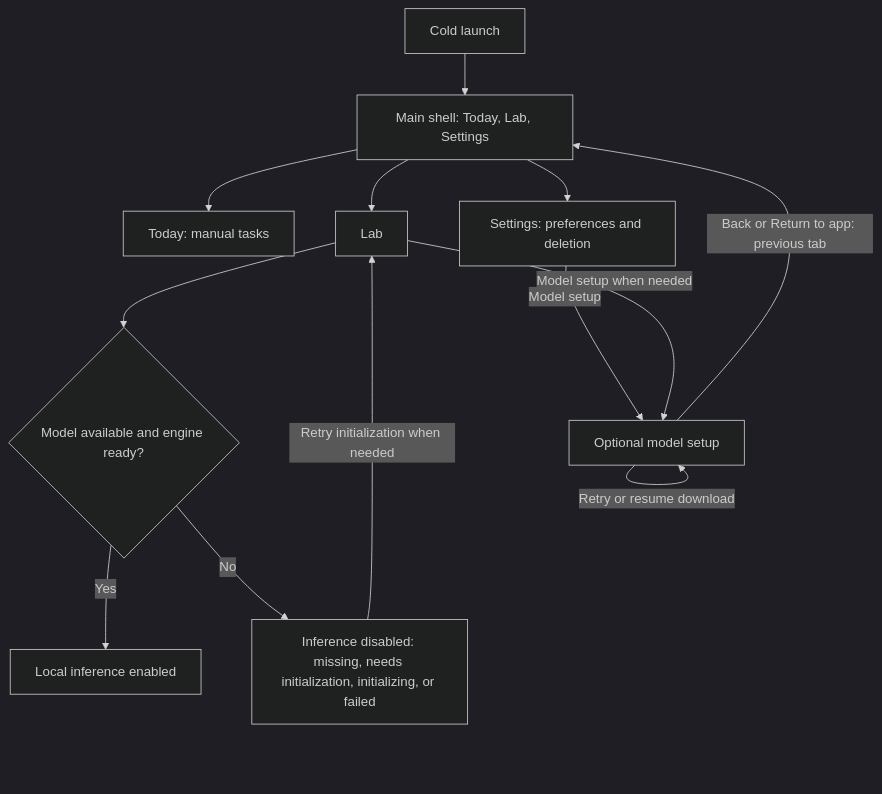
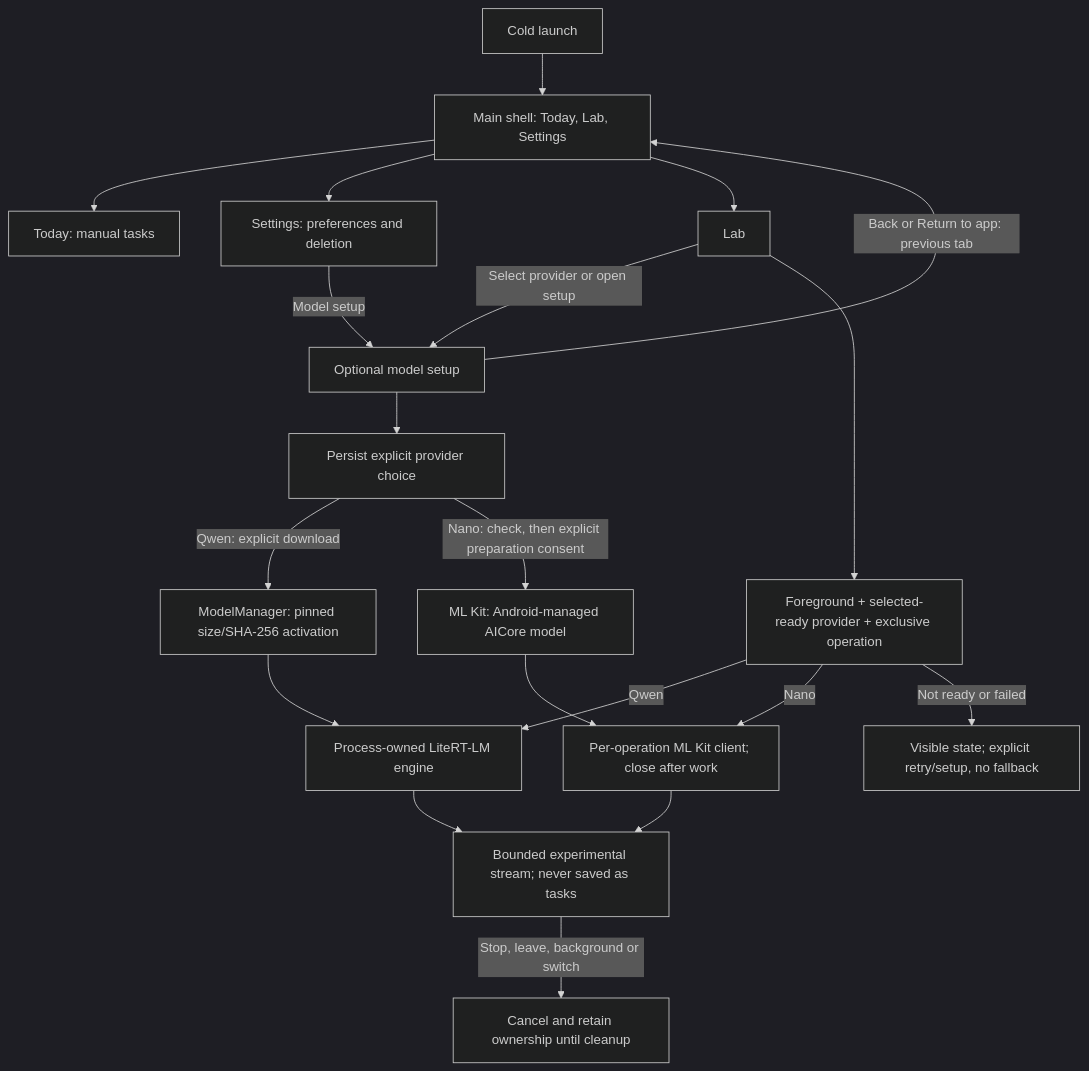
Before and after one commit to mcasillas17/Thwiply: the first of 3 diagrams in README.md, drawn with Mermaid (dark theme). The commit also changed other lines of this file and 36 other files, not shown here.

First line of the commit message:
feat: add optional foreground Gemini Nano provider (#37)

````diff
--- a/README.md
+++ b/README.md
@@ -132,15 +188,22 @@
 ```mermaid
 flowchart TD
     launch["Cold launch"] --> shell["Main shell: Today, Lab, Settings"]
     shell --> today["Today: manual tasks"]
     shell --> settings["Settings: preferences and deletion"]
     shell --> lab["Lab"]
     settings -->|Model setup| setup["Optional model setup"]
-    lab -->|Model setup when needed| setup
+    lab -->|Select provider or open setup| setup
     setup -->|Back or Return to app: previous tab| shell
-    setup -->|Retry or resume download| setup
-    lab --> ready{"Model available and engine ready?"}
-    ready -->|Yes| inference["Local inference enabled"]
-    ready -->|No| gated["Inference disabled: missing, needs initialization, initializing, or failed"]
-    gated -->|Retry initialization when needed| lab
+    setup --> choice["Persist explicit provider choice"]
+    choice -->|Qwen: explicit download| qwen["ModelManager: pinned size/SHA-256 activation"]
+    choice -->|Nano: check, then explicit preparation consent| nano["ML Kit: Android-managed AICore model"]
+    lab --> gate["Foreground + selected-ready provider + exclusive operation"]
+    gate -->|Qwen| engine["Process-owned LiteRT-LM engine"]
+    gate -->|Nano| sdk["Per-operation ML Kit client; close after work"]
+    qwen --> engine
+    nano --> sdk
+    engine --> output["Bounded experimental stream; never saved as tasks"]
+    sdk --> output
+    gate -->|Not ready or failed| gated["Visible state; explicit retry/setup, no fallback"]
+    output -->|Stop, leave, background or switch| cleanup["Cancel and retain ownership until cleanup"]
 ```
````
